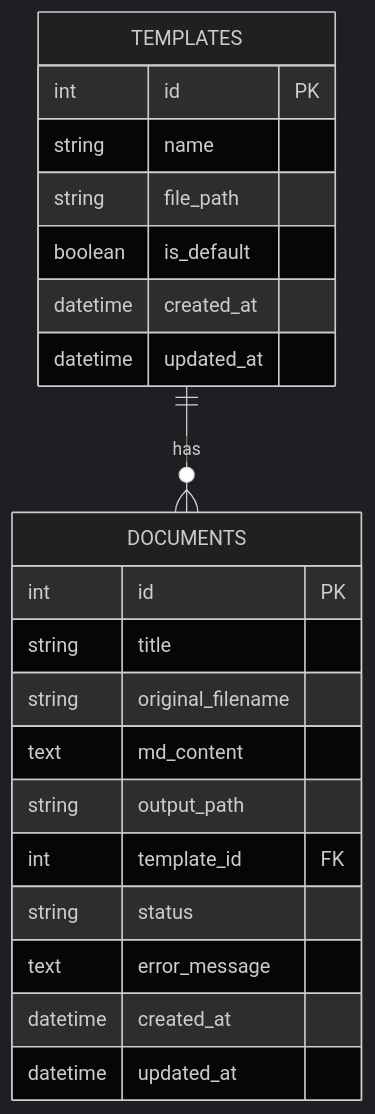
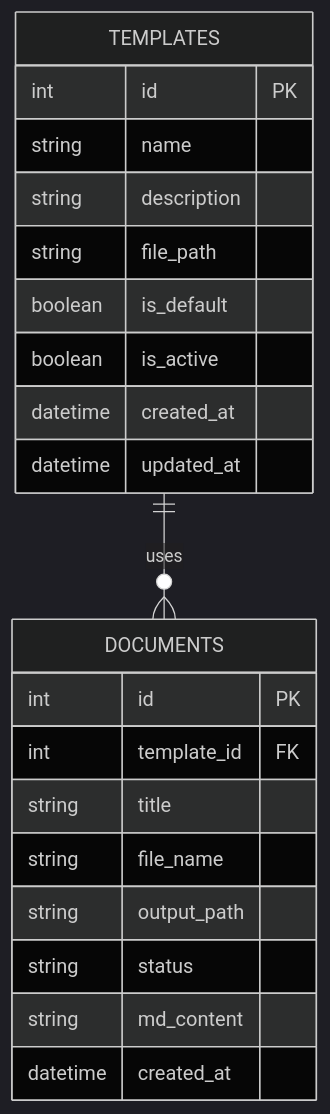
Before and after one commit to donseok/doc_gen: the tenth of 11 diagrams in ppt-doc-automation/docs/PROJECT_ANALYSIS.md, drawn with Mermaid (dark theme). The commit also changed other lines of this file and 2 other files, not shown here.

````diff
--- a/ppt-doc-automation/docs/PROJECT_ANALYSIS.md
+++ b/ppt-doc-automation/docs/PROJECT_ANALYSIS.md
@@ -387,26 +528,26 @@
 ```mermaid
 erDiagram
-    TEMPLATES ||--o{ DOCUMENTS : "has"
-
+    TEMPLATES ||--o{ DOCUMENTS : uses
+    
     TEMPLATES {
         int id PK
         string name
+        string description
         string file_path
         boolean is_default
+        boolean is_active
         datetime created_at
         datetime updated_at
     }
-
+    
     DOCUMENTS {
         int id PK
+        int template_id FK
         string title
-        string original_filename
-        text md_content
+        string file_name
         string output_path
-        int template_id FK
         string status
-        text error_message
+        string md_content
         datetime created_at
-        datetime updated_at
     }
 ```
````
